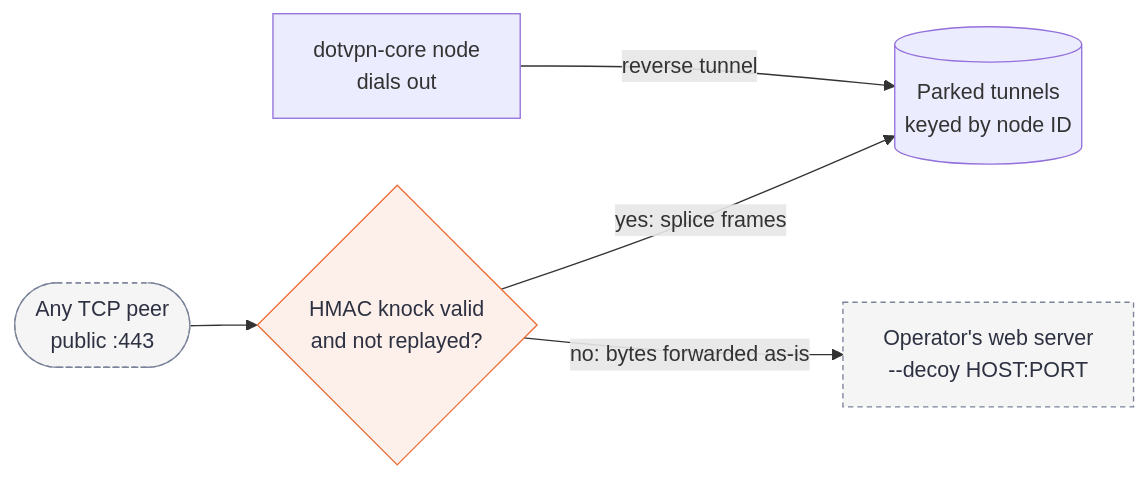
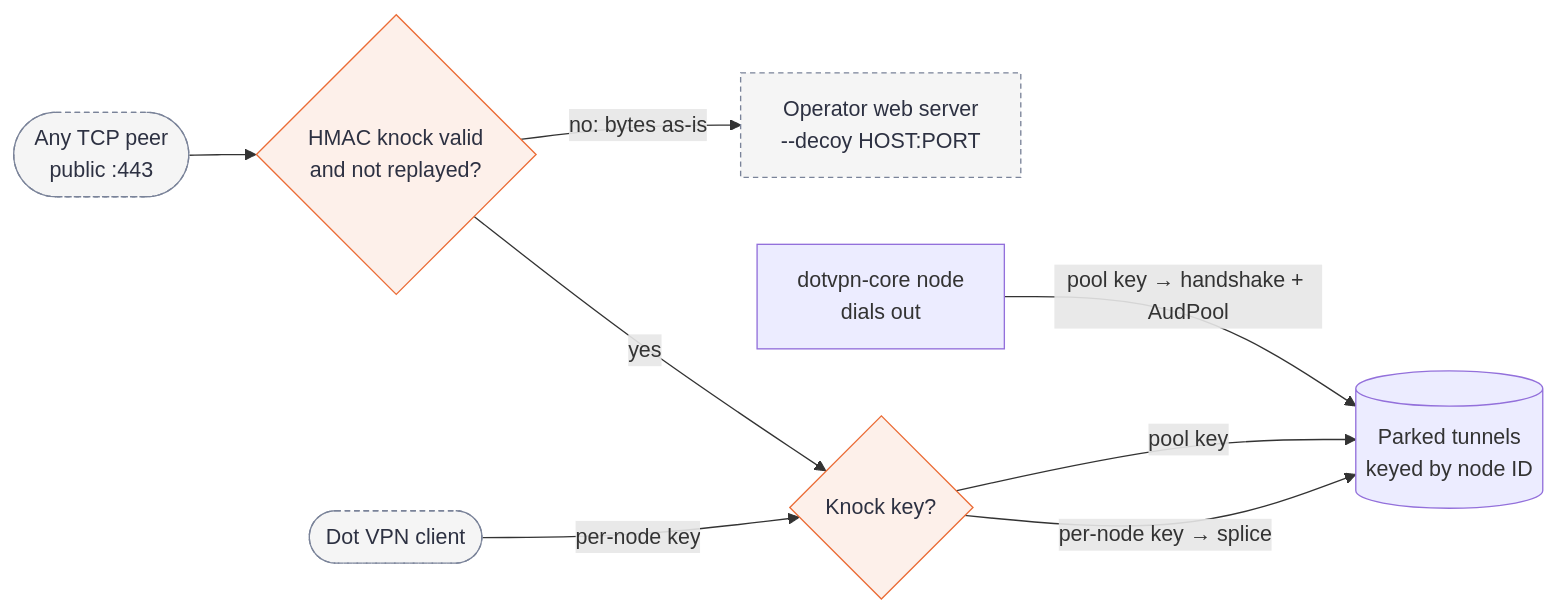
The first of 2 diagrams in README.md (payam-foundation/dotvpn-relay), drawn with Mermaid before and after one commit. The commit also changed other lines of this file and 2 other files, not shown here.

First line of the commit message:
docs: dual knock and control plane; ci: bump action pins (#43)

````diff
--- a/README.md
+++ b/README.md
@@ -23,18 +25,23 @@
 ```mermaid
 flowchart LR
     peer(["Any TCP peer<br/>public :443"])
     knock{"HMAC knock valid<br/>and not replayed?"}
+    classify{"Knock key?"}
     pool[("Parked tunnels<br/>keyed by node ID")]
     node["dotvpn-core node<br/>dials out"]
-    decoy["Operator's web server<br/>--decoy HOST:PORT"]
+    client(["Dot VPN client"])
+    decoy["Operator web server<br/>--decoy HOST:PORT"]
 
     peer --> knock
-    knock -->|"yes: splice frames"| pool
-    node -->|"reverse tunnel"| pool
-    knock -->|"no: bytes forwarded as-is"| decoy
+    knock -->|"no: bytes as-is"| decoy
+    knock -->|yes| classify
+    node -->|"pool key → handshake + AudPool"| pool
+    classify -->|"pool key"| pool
+    client -->|"per-node key"| classify
+    classify -->|"per-node key → splice"| pool
 
     classDef focal fill:#fdf0ea,stroke:#eb6c36,color:#2d3142
     classDef ext fill:#f5f5f5,stroke:#7a8399,stroke-dasharray:4 3,color:#2d3142
-    class knock focal
-    class peer,decoy ext
+    class knock,classify focal
+    class peer,decoy,client ext
 ```
````
